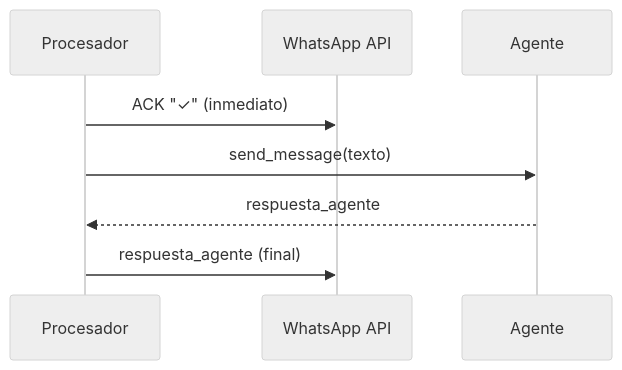
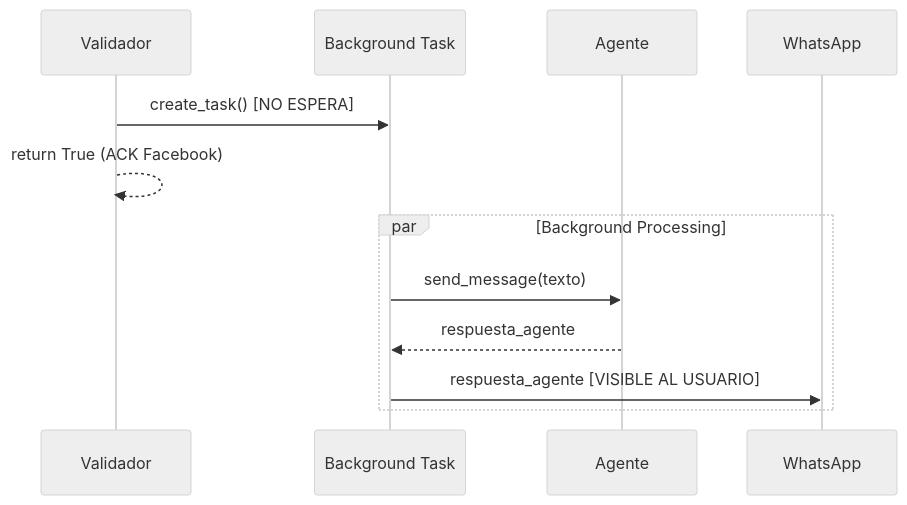
The second of 2 diagrams in webhook-application/SEQUENCE_DIAGRAM.md (RodrigoVasquez/agro_extension_digital_project), drawn with Mermaid (neutral theme) before and after one commit. The commit also changed other lines of this file and 1 other file, not shown here.

````diff
--- a/webhook-application/SEQUENCE_DIAGRAM.md
+++ b/webhook-application/SEQUENCE_DIAGRAM.md
@@ -98,11 +94,16 @@
 ```mermaid
 sequenceDiagram
-    participant PM as Procesador
-    participant WS as WhatsApp API
+    participant VP as Validador
+    participant BG as Background Task
     participant AG as Agente
+    participant WS as WhatsApp
 
-    PM->>WS: ACK "✓" (inmediato)
-    PM->>AG: send_message(texto)
-    AG-->>PM: respuesta_agente
-    PM->>WS: respuesta_agente (final)
+    VP->>BG: create_task() [NO ESPERA]
+    VP-->>VP: return True (ACK Facebook)
+    
+    par Background Processing
+        BG->>AG: send_message(texto)
+        AG-->>BG: respuesta_agente
+        BG->>WS: respuesta_agente [VISIBLE AL USUARIO]
+    end
 ```
````
